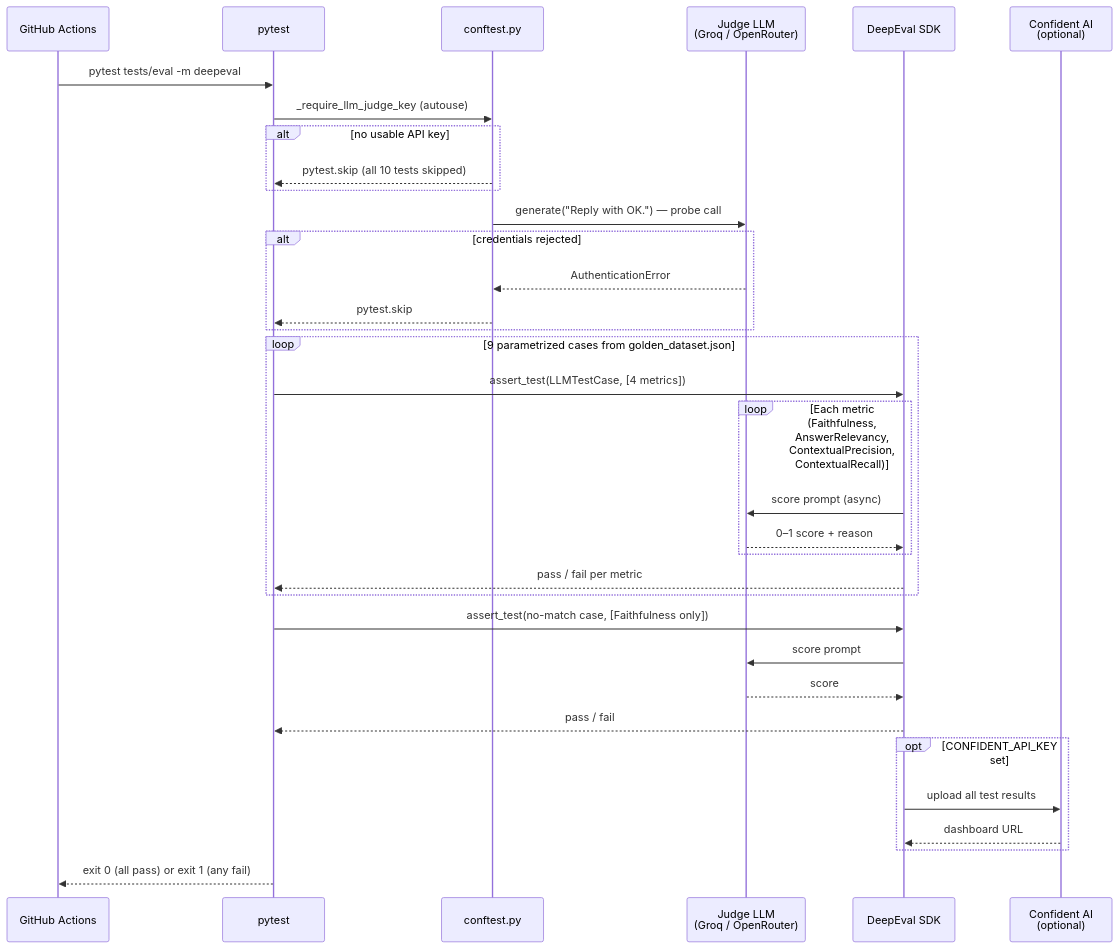
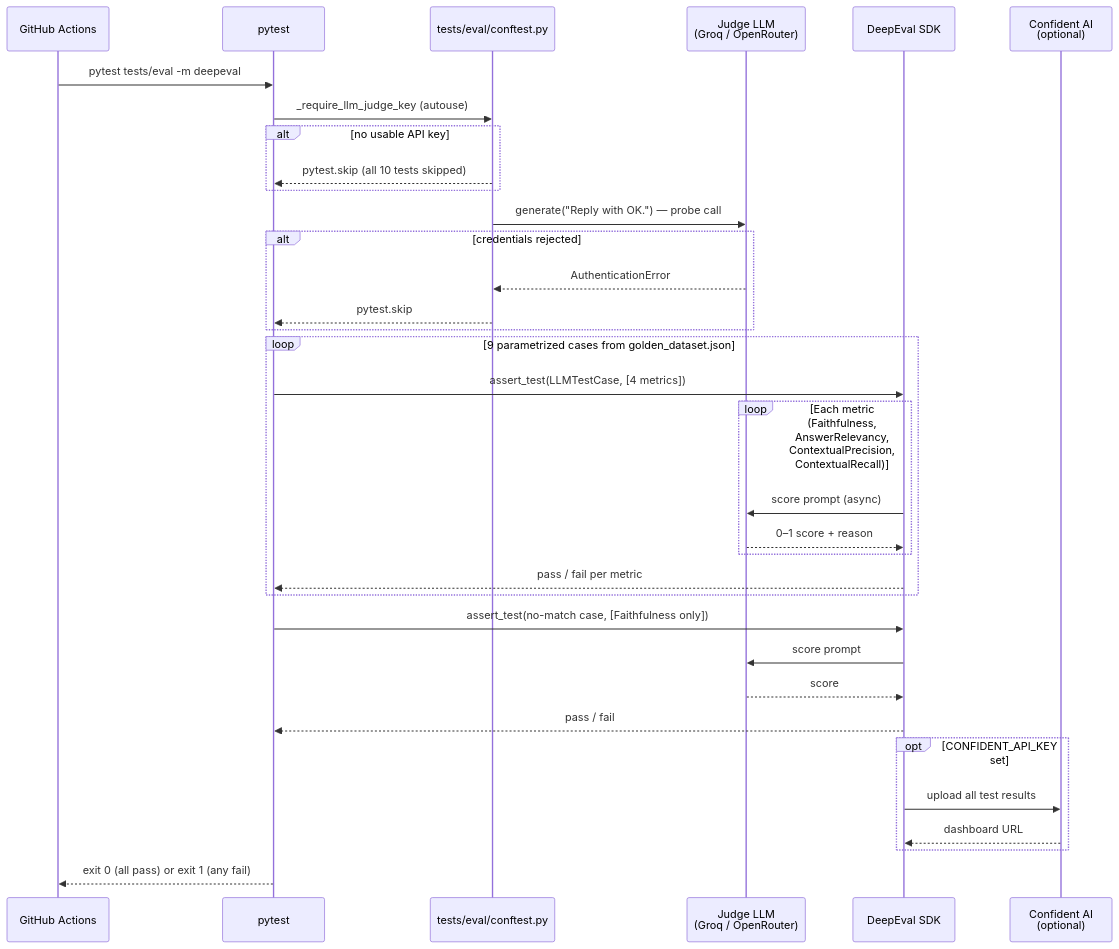
The fifth of 8 diagrams in README.md (yanyetang/nexus-chat-api), drawn with Mermaid before and after one commit.

````diff
--- a/README.md
+++ b/README.md
@@ -245,43 +245,43 @@
 ```mermaid
 sequenceDiagram
     participant GHA as GitHub Actions
     participant pytest as pytest
-    participant conftest as conftest.py
+    participant conftest as tests/eval/conftest.py
     participant Judge as Judge LLM<br/>(Groq / OpenRouter)
     participant DeepEval as DeepEval SDK
     participant Confident as Confident AI<br/>(optional)
 
     GHA->>pytest: pytest tests/eval -m deepeval
 
     pytest->>conftest: _require_llm_judge_key (autouse)
     alt no usable API key
         conftest-->>pytest: pytest.skip (all 10 tests skipped)
     end
 
     conftest->>Judge: generate("Reply with OK.") — probe call
     alt credentials rejected
         Judge-->>conftest: AuthenticationError
         conftest-->>pytest: pytest.skip
     end
 
     loop 9 parametrized cases from golden_dataset.json
         pytest->>DeepEval: assert_test(LLMTestCase, [4 metrics])
         loop Each metric (Faithfulness, AnswerRelevancy, ContextualPrecision, ContextualRecall)
             DeepEval->>Judge: score prompt (async)
             Judge-->>DeepEval: 0–1 score + reason
         end
         DeepEval-->>pytest: pass / fail per metric
     end
 
     pytest->>DeepEval: assert_test(no-match case, [Faithfulness only])
     DeepEval->>Judge: score prompt
     Judge-->>DeepEval: score
     DeepEval-->>pytest: pass / fail
 
     opt CONFIDENT_API_KEY set
         DeepEval->>Confident: upload all test results
         Confident-->>DeepEval: dashboard URL
     end
 
     pytest-->>GHA: exit 0 (all pass) or exit 1 (any fail)
 ```
````
